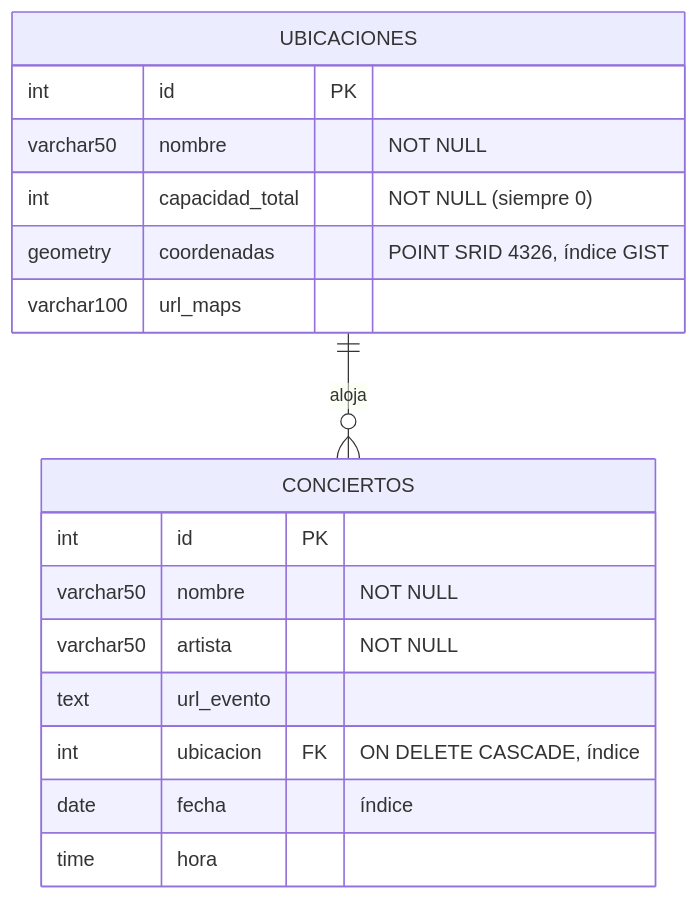
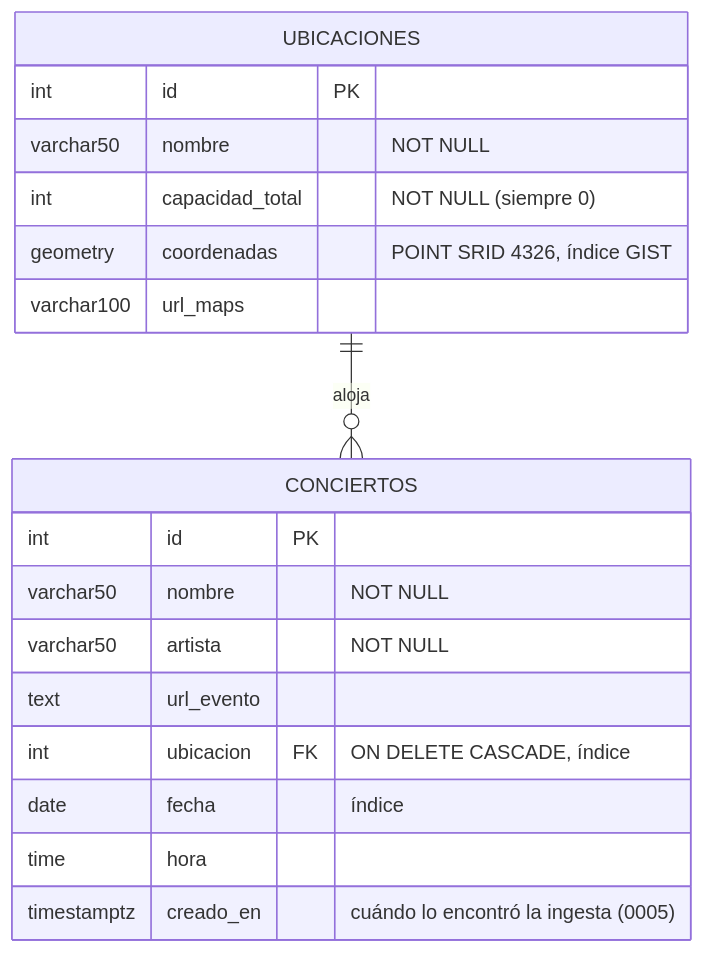
The fourth of 9 diagrams in docs/ARQUITECTURA.md (FernandezMarcodev/concierto-finder), drawn with Mermaid before and after one commit. The commit also changed other lines of this file and 13 other files, not shown here.

````diff
--- a/docs/ARQUITECTURA.md
+++ b/docs/ARQUITECTURA.md
@@ -114,20 +114,21 @@
 ```mermaid
 erDiagram
     UBICACIONES ||--o{ CONCIERTOS : "aloja"
     UBICACIONES {
         int id PK
         varchar50 nombre "NOT NULL"
         int capacidad_total "NOT NULL (siempre 0)"
         geometry coordenadas "POINT SRID 4326, índice GIST"
         varchar100 url_maps
     }
     CONCIERTOS {
         int id PK
         varchar50 nombre "NOT NULL"
         varchar50 artista "NOT NULL"
         text url_evento
         int ubicacion FK "ON DELETE CASCADE, índice"
         date fecha "índice"
         time hora
+        timestamptz creado_en "cuándo lo encontró la ingesta (0005)"
     }
 ```
````
